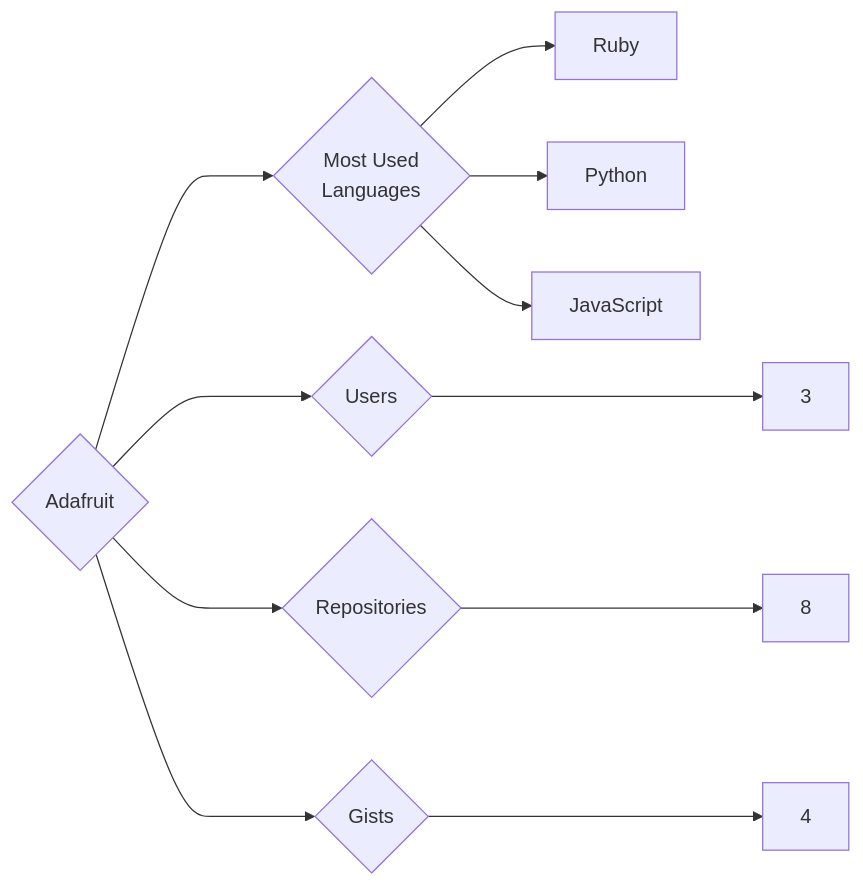
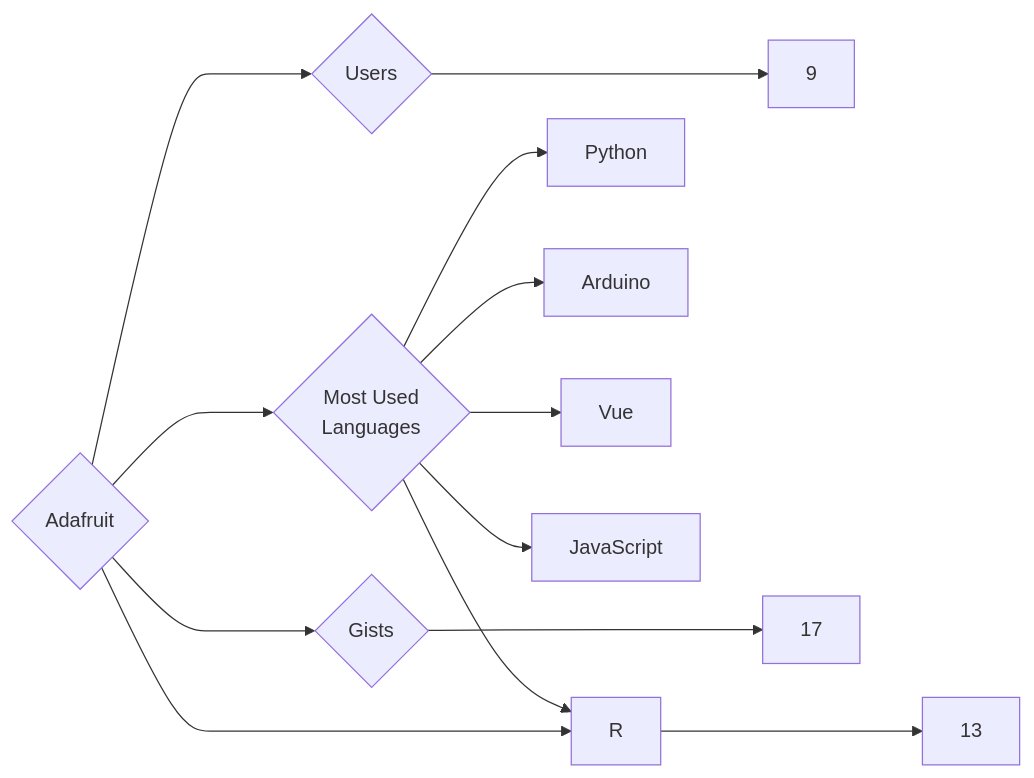
One commit to trickest/insiders changed the diagram in targets/Adafruit/README.md. Above: the diagram before and after it, drawn with Mermaid. The commit also changed 1148 other files, not shown here.

````diff
--- a/targets/Adafruit/README.md
+++ b/targets/Adafruit/README.md
@@ -3,11 +3,13 @@
 ```mermaid
 graph LR
 COMPANY_NAME{Adafruit}
-COMPANY_NAME ---> U{Users} ---> UN[3]
-COMPANY_NAME ---> R{Repositories} ---> RN[8]
-COMPANY_NAME ---> G{Gists} ---> GN[4]
+COMPANY_NAME ---> U{Users} ---> UN[9]
+COMPANY_NAME ---> R{Repositories} ---> RN[13]
+COMPANY_NAME ---> G{Gists} ---> GN[17]
 COMPANY_NAME ---> ML{Most Used<br>Languages}
-ML --> Ruby[Ruby]
 ML --> Python[Python]
+ML --> Arduino[Arduino]
+ML --> Vue[Vue]
+ML --> R[R]
 ML --> JavaScript[JavaScript]
 ```
````
